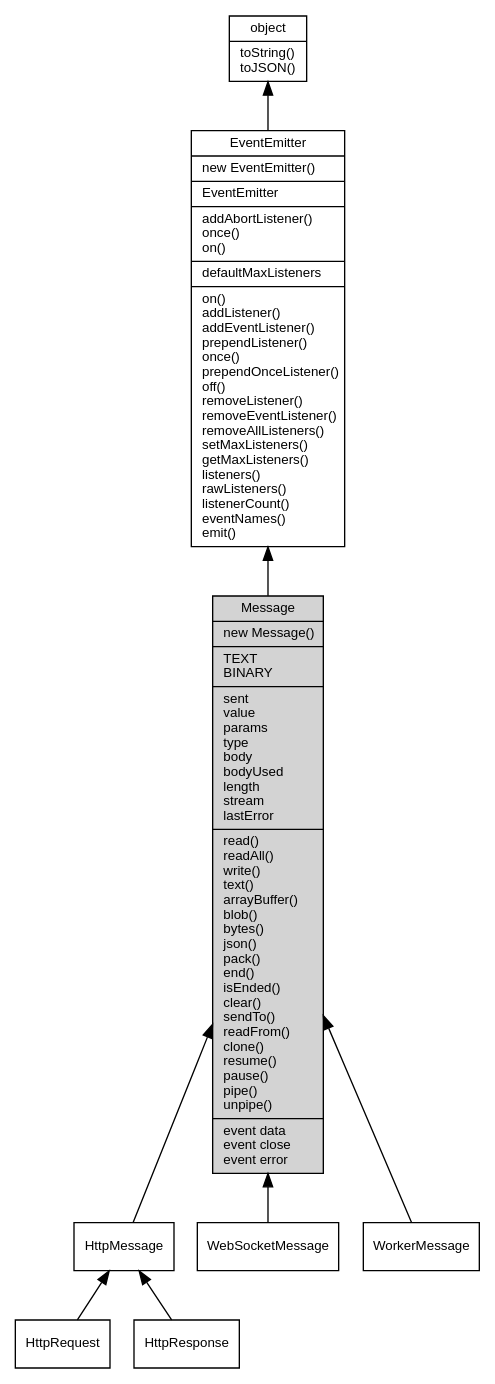
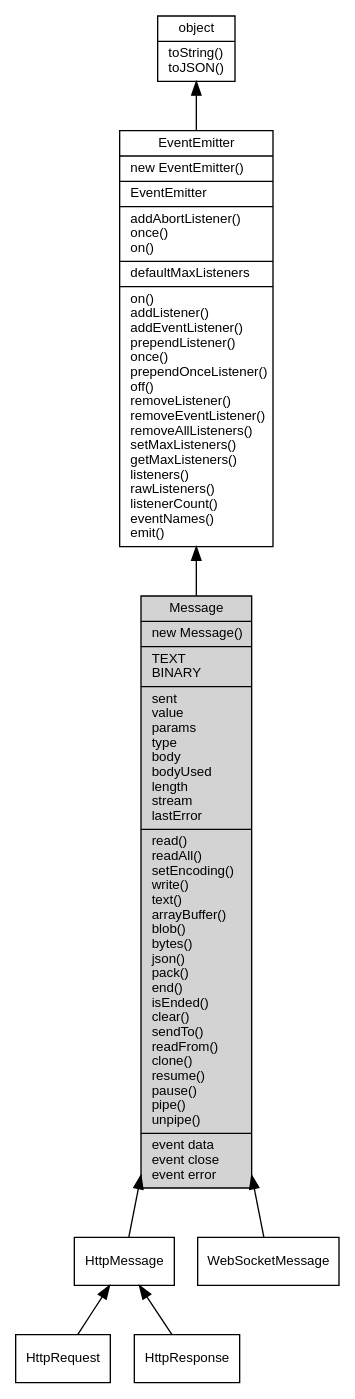
The diagram in docs/manual/object/ifs/Message.md (fibjs/fibjs.org), drawn with Graphviz before and after one commit. The commit also changed other lines of this file and 241 other files, not shown here.

````diff
--- a/docs/manual/object/ifs/Message.md
+++ b/docs/manual/object/ifs/Message.md
@@ -12,22 +107,20 @@
 ```dot
 digraph {
     node [fontname="Helvetica,sans-Serif", fontsize=10, shape="record", style="filled", fillcolor="white"];
 
     object [tooltip="object", URL="object.md", label="{object|toString()\ltoJSON()\l}"];
     EventEmitter [tooltip="EventEmitter", URL="EventEmitter.md", label="{EventEmitter|new EventEmitter()\l|EventEmitter\l|addAbortListener()\lonce()\lon()\l|defaultMaxListeners\l|on()\laddListener()\laddEventListener()\lprependListener()\lonce()\lprependOnceListener()\loff()\lremoveListener()\lremoveEventListener()\lremoveAllListeners()\lsetMaxListeners()\lgetMaxListeners()\llisteners()\lrawListeners()\llistenerCount()\leventNames()\lemit()\l}"];
-    Message [tooltip="Message", fillcolor="lightgray", id="me", label="{Message|new Message()\l|TEXT\lBINARY\l|sent\lvalue\lparams\ltype\lbody\lbodyUsed\llength\lstream\llastError\l|read()\lreadAll()\lwrite()\ltext()\larrayBuffer()\lblob()\lbytes()\ljson()\lpack()\lend()\lisEnded()\lclear()\lsendTo()\lreadFrom()\lclone()\lresume()\lpause()\lpipe()\lunpipe()\l|event data\levent close\levent error\l}"];
+    Message [tooltip="Message", fillcolor="lightgray", id="me", label="{Message|new Message()\l|TEXT\lBINARY\l|sent\lvalue\lparams\ltype\lbody\lbodyUsed\llength\lstream\llastError\l|read()\lreadAll()\lsetEncoding()\lwrite()\ltext()\larrayBuffer()\lblob()\lbytes()\ljson()\lpack()\lend()\lisEnded()\lclear()\lsendTo()\lreadFrom()\lclone()\lresume()\lpause()\lpipe()\lunpipe()\l|event data\levent close\levent error\l}"];
     HttpMessage [tooltip="HttpMessage", URL="HttpMessage.md", label="{HttpMessage}"];
     HttpRequest [tooltip="HttpRequest", URL="HttpRequest.md", label="{HttpRequest}"];
     HttpResponse [tooltip="HttpResponse", URL="HttpResponse.md", label="{HttpResponse}"];
     WebSocketMessage [tooltip="WebSocketMessage", URL="WebSocketMessage.md", label="{WebSocketMessage}"];
-    WorkerMessage [tooltip="WorkerMessage", URL="WorkerMessage.md", label="{WorkerMessage}"];
 
     object -> EventEmitter [dir=back];
     EventEmitter -> Message [dir=back];
     Message -> HttpMessage [dir=back];
     HttpMessage -> HttpRequest [dir=back];
     HttpMessage -> HttpResponse [dir=back];
     Message -> WebSocketMessage [dir=back];
-    Message -> WorkerMessage [dir=back];
 }
 ```
````
